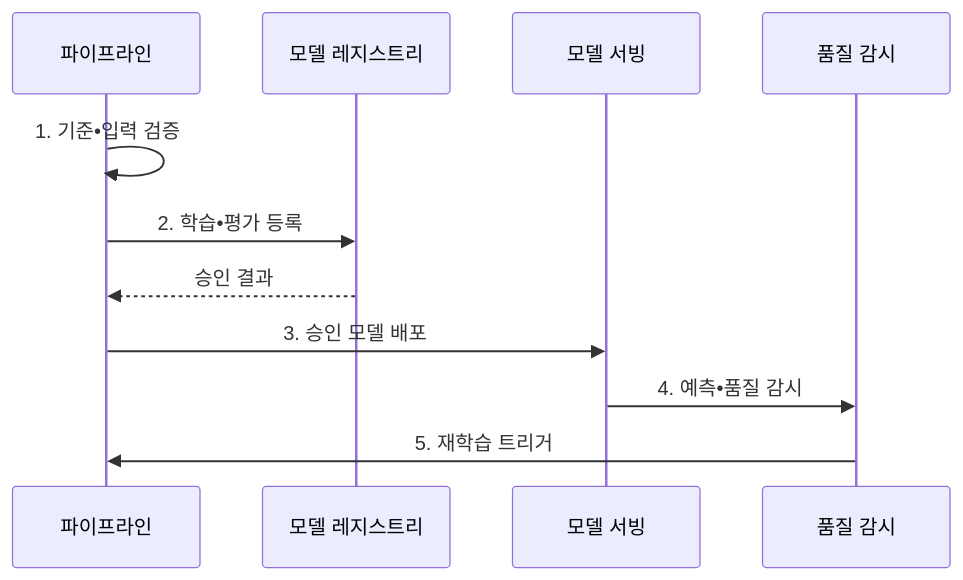
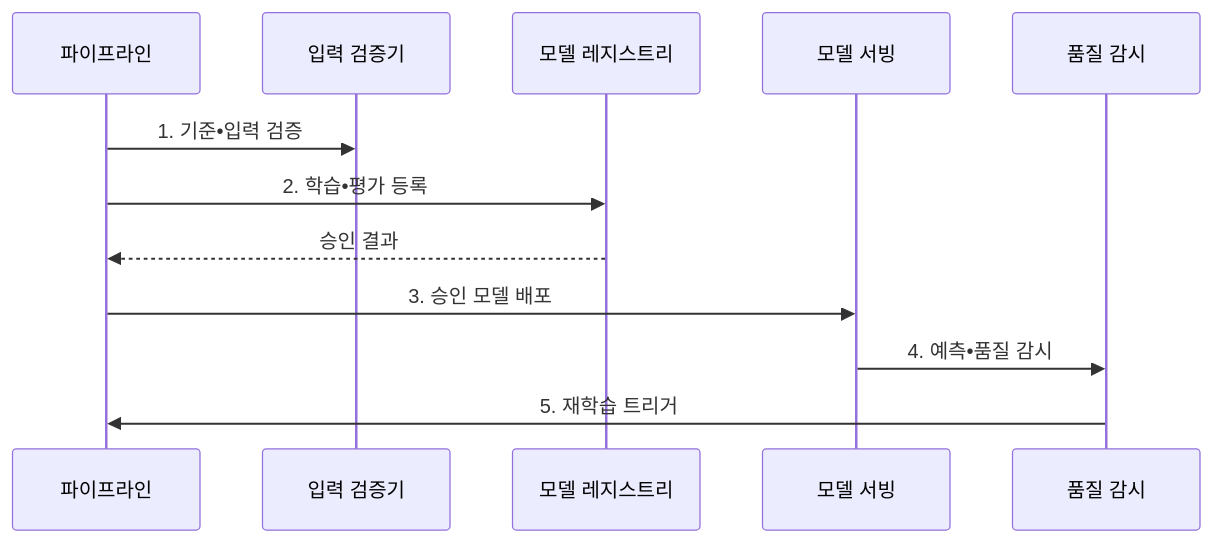
The second of 2 diagrams in src/content/docs/notes/03-software/202_mlops_pipeline.md (agnusdei1207/knowledge-base), drawn with Mermaid before and after one commit. The commit also changed other lines of this file and 14 other files, not shown here.

````diff
--- a/src/content/docs/notes/03-software/202_mlops_pipeline.md
+++ b/src/content/docs/notes/03-software/202_mlops_pipeline.md
@@ -105,13 +105,14 @@
 ```mermaid
 sequenceDiagram
     participant O as 파이프라인
+    participant V as 입력 검증기
     participant R as 모델 레지스트리
     participant S as 모델 서빙
     participant M as 품질 감시
-    O->>O: 1. 기준•입력 검증
+    O->>V: 1. 기준•입력 검증
     O->>R: 2. 학습•평가 등록
     R-->>O: 승인 결과
     O->>S: 3. 승인 모델 배포
     S->>M: 4. 예측•품질 감시
     M->>O: 5. 재학습 트리거
 ```
````
